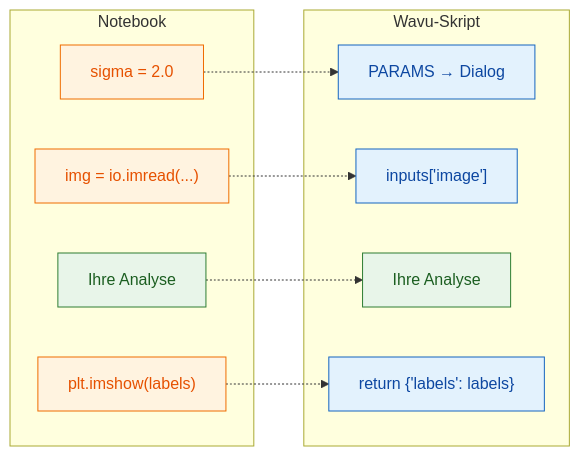
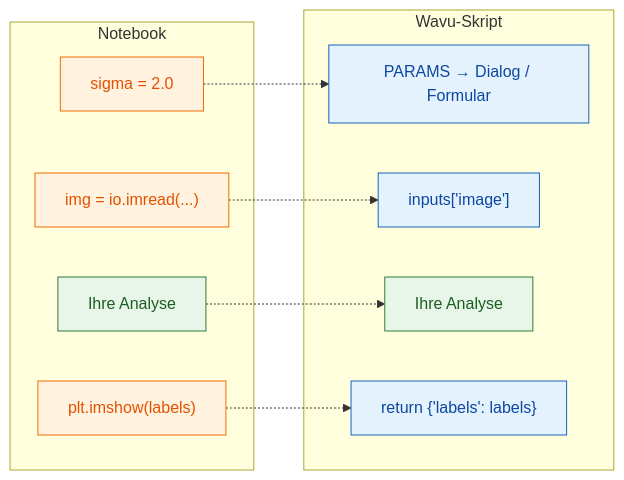
Before and after one commit to Oxford-Zeiss-Centre-of-Excellence/Wavu: the diagram in guide/write/from-notebook.de.md, drawn with Mermaid. The commit also changed other lines of this file and 70 other files, not shown here.

````diff
--- a/guide/write/from-notebook.de.md
+++ b/guide/write/from-notebook.de.md
@@ -12,23 +13,23 @@
 ```mermaid
 flowchart LR
     subgraph NB["Notebook"]
         A1["sigma = 2.0"]:::script
         A2["img = io.imread(...)"]:::script
         A3["Ihre Analyse"]:::worker
         A4["plt.imshow(labels)"]:::script
     end
     subgraph WV["Wavu-Skript"]
-        B1["PARAMS → Dialog"]:::fiji
+        B1["PARAMS → Dialog / Formular"]:::fiji
         B2["inputs['image']"]:::fiji
         B3["Ihre Analyse"]:::worker
         B4["return {'labels': labels}"]:::fiji
     end
     A1 -.-> B1
     A2 -.-> B2
     A3 -.-> B3
     A4 -.-> B4
 
     classDef fiji   fill:#e3f2fd,stroke:#1565c0,color:#0d47a1
     classDef worker fill:#e8f5e9,stroke:#2e7d32,color:#1b5e20
     classDef script fill:#fff3e0,stroke:#ef6c00,color:#e65100
 ```
````
